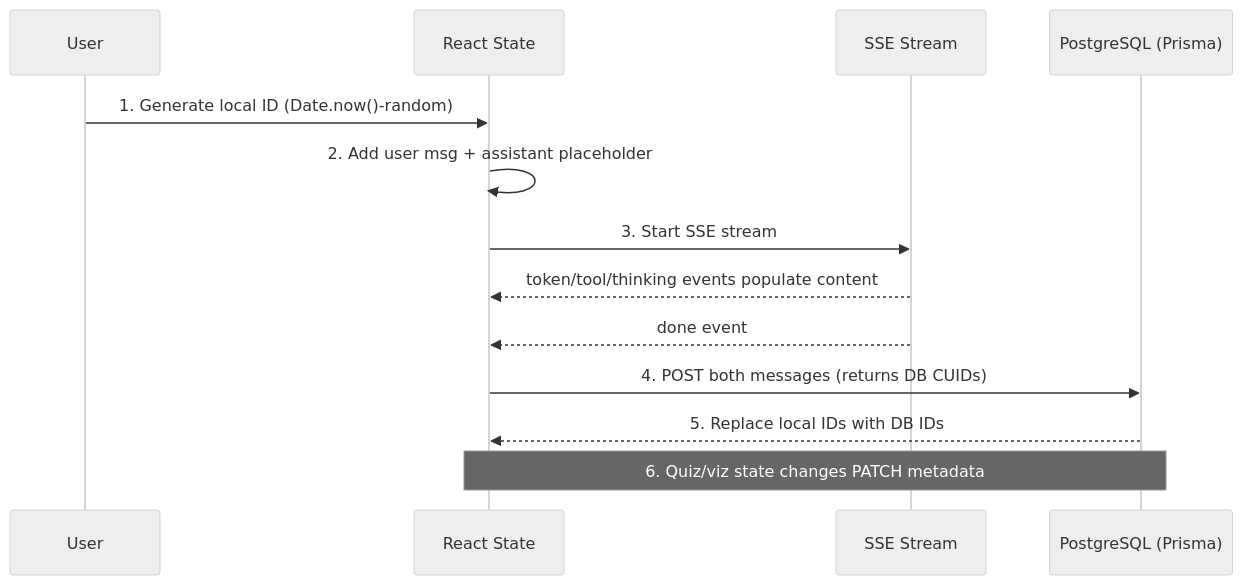
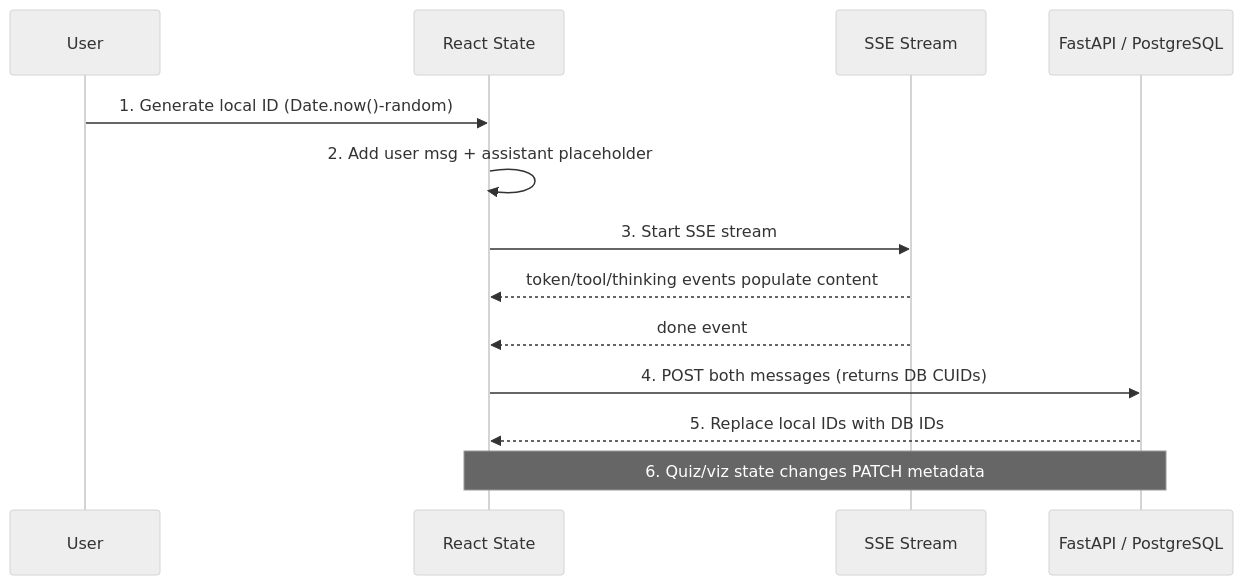
Before and after one commit to Pragadeesh122/AgenticRag: the diagram in docs/frontend/streaming.md, drawn with Mermaid (neutral theme). The commit also changed 6 other files, not shown here.

Commit message:
updated architecture docs

````diff
--- a/docs/frontend/streaming.md
+++ b/docs/frontend/streaming.md
@@ -36,16 +36,16 @@
 ```mermaid
 sequenceDiagram
     participant U as User
     participant R as React State
     participant S as SSE Stream
-    participant DB as PostgreSQL (Prisma)
+    participant F as FastAPI / PostgreSQL
 
     U->>R: 1. Generate local ID (Date.now()-random)
     R->>R: 2. Add user msg + assistant placeholder
     R->>S: 3. Start SSE stream
     S-->>R: token/tool/thinking events populate content
     S-->>R: done event
-    R->>DB: 4. POST both messages (returns DB CUIDs)
-    DB-->>R: 5. Replace local IDs with DB IDs
-    Note over R,DB: 6. Quiz/viz state changes PATCH metadata
+    R->>F: 4. POST both messages (returns DB CUIDs)
+    F-->>R: 5. Replace local IDs with DB IDs
+    Note over R,F: 6. Quiz/viz state changes PATCH metadata
 ```
````
